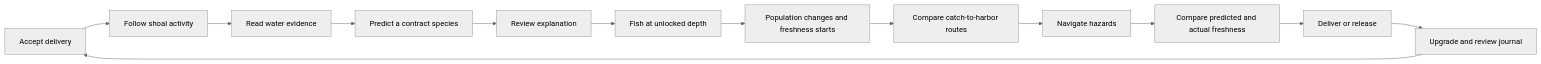
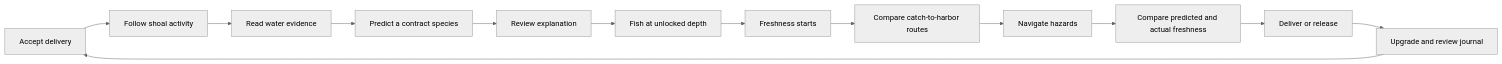
One commit to Prunty2/GameCompNew changed the diagram in Docs/Assessment-Report.md. Above: the diagram before and after it, drawn with Mermaid (neutral theme). The commit also changed other lines of this file and 13 other files, not shown here.

````diff
--- a/Docs/Assessment-Report.md
+++ b/Docs/Assessment-Report.md
@@ -85,15 +84,15 @@
 ```mermaid
 flowchart LR
   A["Accept delivery"] --> B["Follow shoal activity"]
   B --> C["Read water evidence"]
   C --> D["Predict a contract species"]
   D --> E["Review explanation"]
   E --> F["Fish at unlocked depth"]
-  F --> G["Population changes and freshness starts"]
+  F --> G["Freshness starts"]
   G --> H["Compare catch-to-harbor routes"]
   H --> I["Navigate hazards"]
   I --> J["Compare predicted and actual freshness"]
   J --> K["Deliver or release"]
   K --> L["Upgrade and review journal"]
   L --> A
 ```
````
